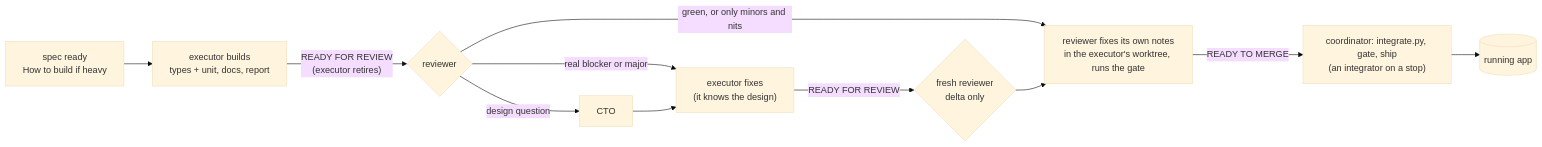
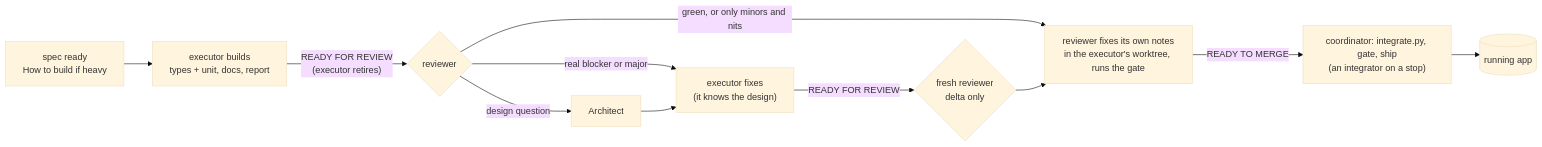
Before and after one commit to Squikle/vibecode.md: the fourth of 8 diagrams in README.md, drawn with Mermaid (base theme). The commit also changed other lines of this file and 2 other files, not shown here.

````diff
--- a/README.md
+++ b/README.md
@@ -77,13 +85,13 @@
 ```mermaid
 flowchart LR
   A["spec ready<br/>How to build if heavy"] --> B["executor builds<br/>types + unit, docs, report"]
   B -->|"READY FOR REVIEW<br/>(executor retires)"| R{reviewer}
   R -->|"green, or only minors and nits"| F["reviewer fixes its own notes<br/>in the executor's worktree, runs the gate"]
   F -->|"READY TO MERGE"| I["coordinator: integrate.py, gate, ship<br/>(an integrator on a stop)"]
   R -->|"real blocker or major"| E2["executor fixes<br/>(it knows the design)"]
   E2 -->|"READY FOR REVIEW"| R2{"fresh reviewer<br/>delta only"}
   R2 --> F
-  R -->|design question| T[CTO]
+  R -->|design question| T[Architect]
   T --> E2
   I --> APP[(running app)]
 ```
````
